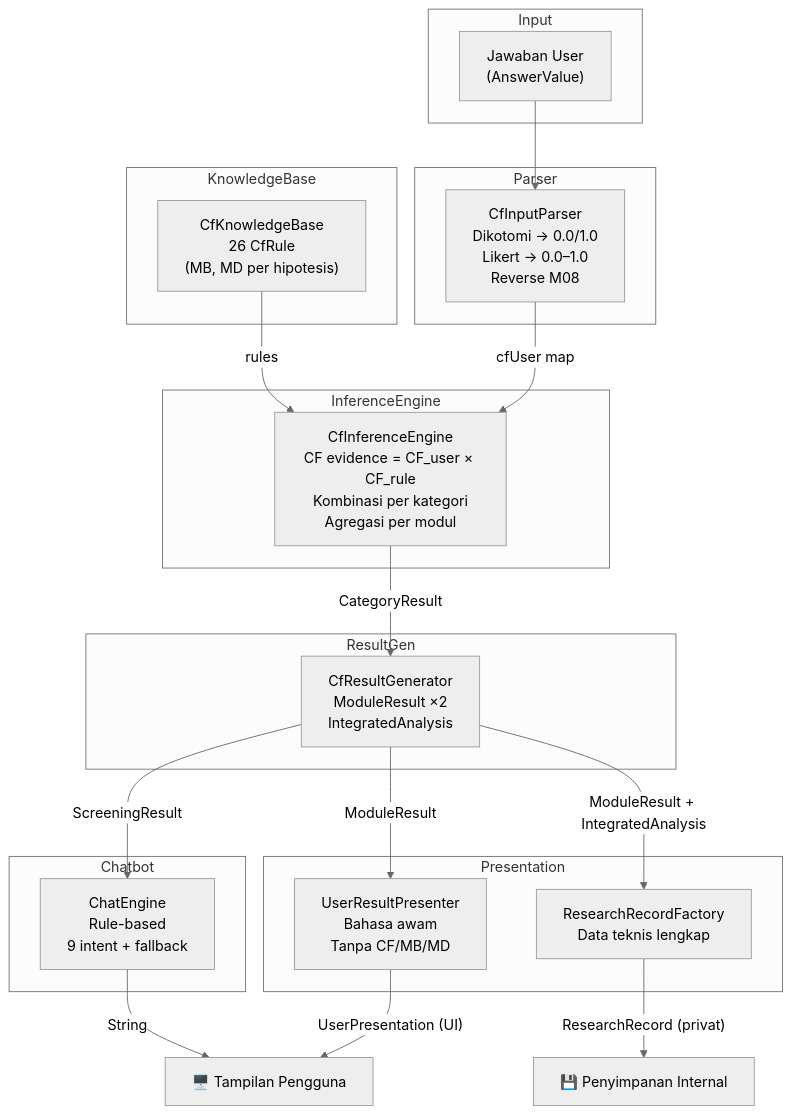
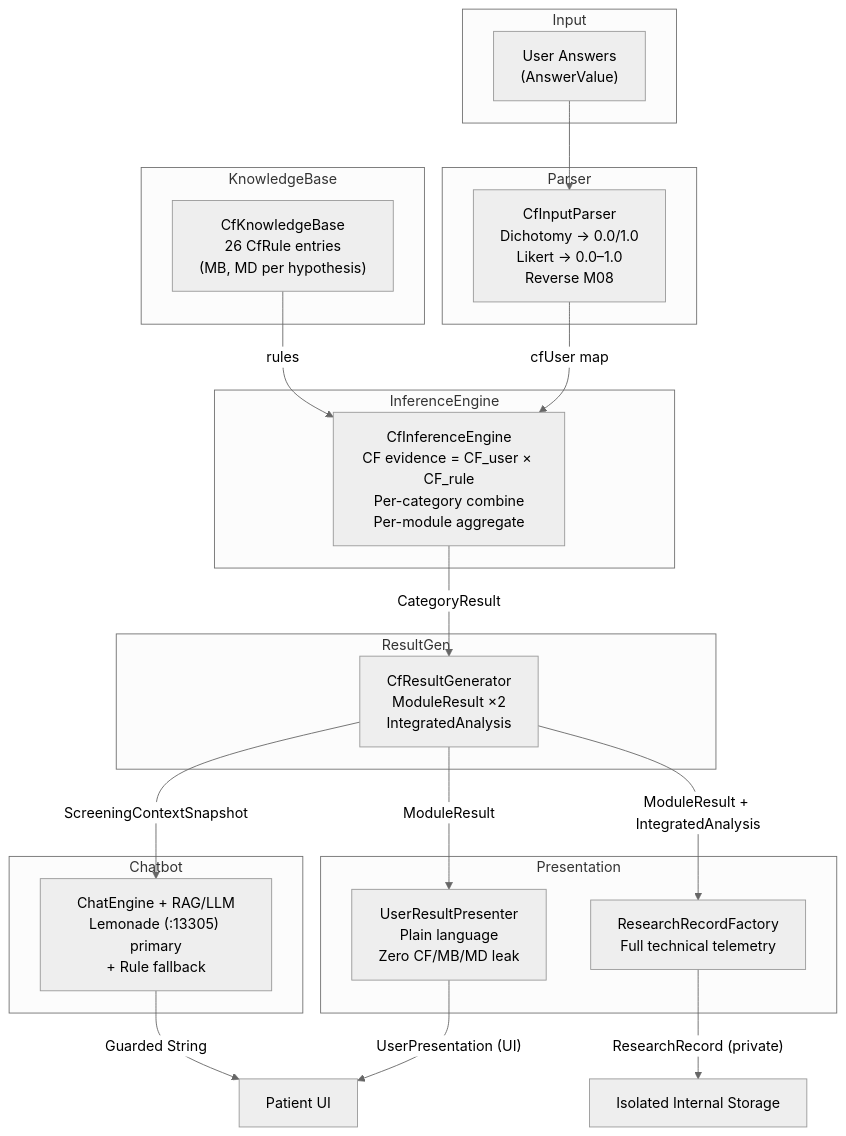
Before and after one commit to RestlessHozy/EmpatiForLemonade: the first of 3 diagrams in EXPERT_SYSTEM.md, drawn with Mermaid (neutral theme). The commit also changed other lines of this file and 16 other files, not shown here.

Commit message:
docs: translate repository documentation and architecture specs to English

````diff
--- a/EXPERT_SYSTEM.md
+++ b/EXPERT_SYSTEM.md
@@ -41,42 +41,42 @@
 ```mermaid
 flowchart TD
     subgraph Input
-        A["Jawaban User<br/>(AnswerValue)"]
+        A["User Answers<br/>(AnswerValue)"]
     end
 
     subgraph Parser
-        B["CfInputParser<br/>Dikotomi → 0.0/1.0<br/>Likert → 0.0–1.0<br/>Reverse M08"]
+        B["CfInputParser<br/>Dichotomy → 0.0/1.0<br/>Likert → 0.0–1.0<br/>Reverse M08"]
     end
 
     subgraph KnowledgeBase
-        C["CfKnowledgeBase<br/>26 CfRule<br/>(MB, MD per hipotesis)"]
+        C["CfKnowledgeBase<br/>26 CfRule entries<br/>(MB, MD per hypothesis)"]
     end
 
     subgraph InferenceEngine
-        D["CfInferenceEngine<br/>CF evidence = CF_user × CF_rule<br/>Kombinasi per kategori<br/>Agregasi per modul"]
+        D["CfInferenceEngine<br/>CF evidence = CF_user × CF_rule<br/>Per-category combine<br/>Per-module aggregate"]
     end
 
     subgraph ResultGen
         E["CfResultGenerator<br/>ModuleResult ×2<br/>IntegratedAnalysis"]
     end
 
     subgraph Presentation
-        F["UserResultPresenter<br/>Bahasa awam<br/>Tanpa CF/MB/MD"]
-        G["ResearchRecordFactory<br/>Data teknis lengkap"]
+        F["UserResultPresenter<br/>Plain language<br/>Zero CF/MB/MD leak"]
+        G["ResearchRecordFactory<br/>Full technical telemetry"]
     end
 
     subgraph Chatbot
-        H["ChatEngine<br/>Rule-based<br/>9 intent + fallback"]
+        H["ChatEngine + RAG/LLM<br/>Lemonade (:13305) primary<br/>+ Rule fallback"]
     end
 
     A --> B
     B -->|cfUser map| D
     C -->|rules| D
     D -->|CategoryResult| E
     E -->|ModuleResult| F
     E -->|ModuleResult + IntegratedAnalysis| G
-    E -->|ScreeningResult| H
-    F -->|"UserPresentation (UI)"| UI["🖥️ Tampilan Pengguna"]
-    G -->|"ResearchRecord (privat)"| DB["💾 Penyimpanan Internal"]
-    H -->|String| UI
+    E -->|ScreeningContextSnapshot| H
+    F -->|"UserPresentation (UI)"| UI["Patient UI"]
+    G -->|"ResearchRecord (private)"| DB["Isolated Internal Storage"]
+    H -->|Guarded String| UI
 ```
````
